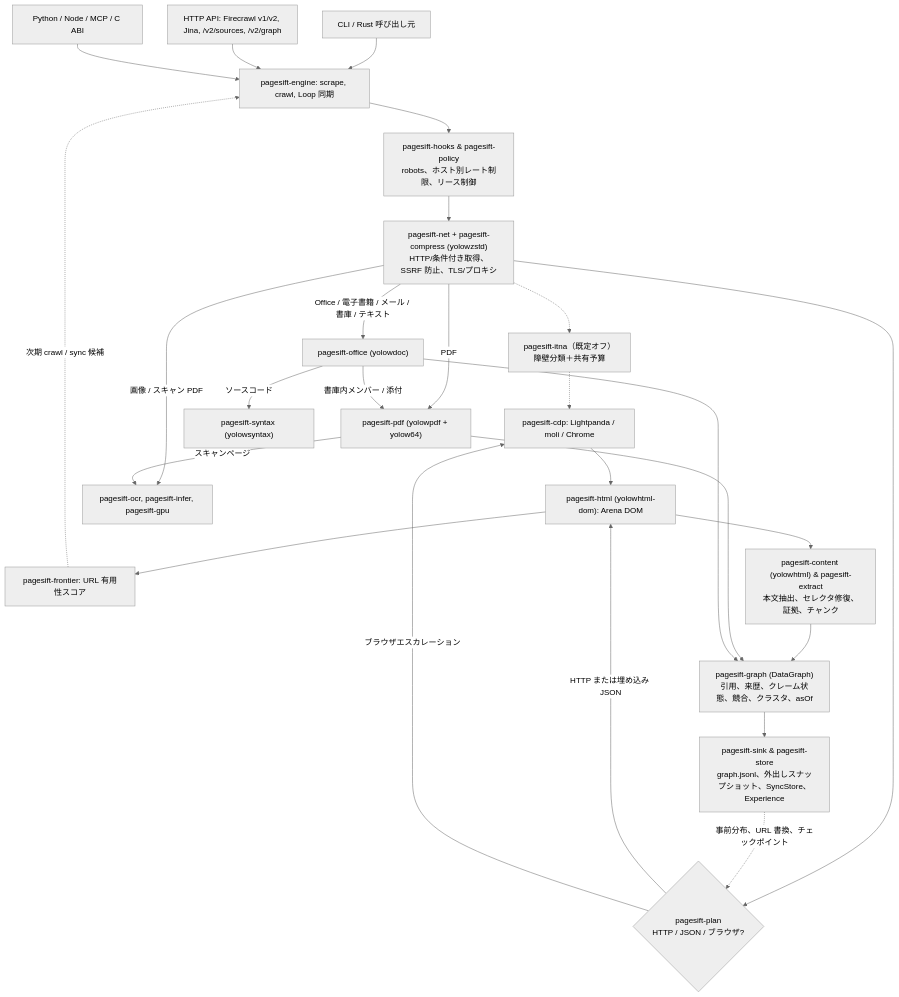
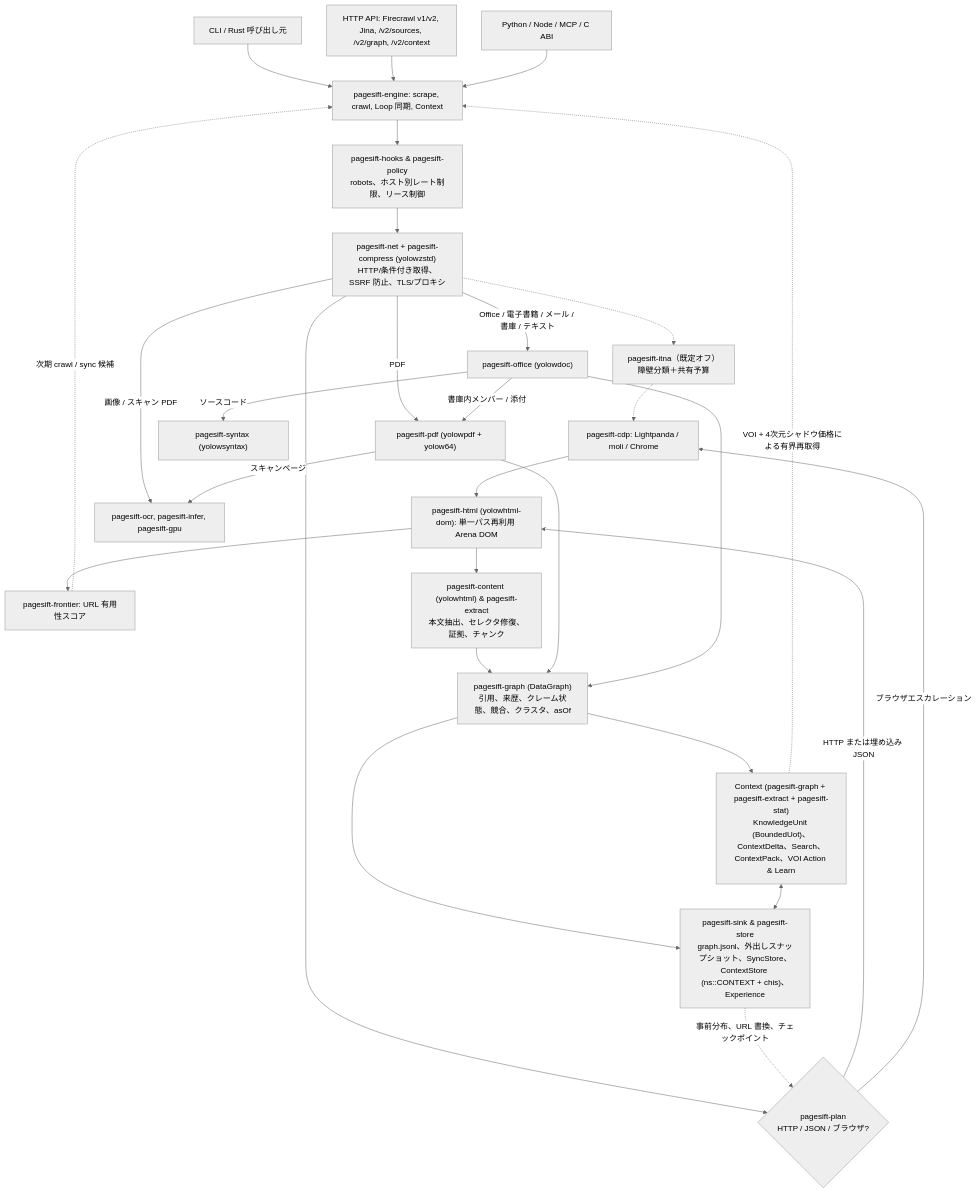
Before and after one commit to YOLOW92/pagesift: the first of 4 diagrams in docs/README.ja.md, drawn with Mermaid (neutral theme). The commit also changed other lines of this file and 167 other files, not shown here.

````diff
--- a/docs/README.ja.md
+++ b/docs/README.ja.md
@@ -137,34 +143,37 @@
 ```mermaid
 flowchart TD
-    CLI["CLI / Rust 呼び出し元"] --> Engine["pagesift-engine: scrape, crawl, Loop 同期"]
-    HTTP["HTTP API: Firecrawl v1/v2, Jina, /v2/sources, /v2/graph"] --> Engine
+    CLI["CLI / Rust 呼び出し元"] --> Engine["pagesift-engine: scrape, crawl, Loop 同期, Context"]
+    HTTP["HTTP API: Firecrawl v1/v2, Jina, /v2/sources, /v2/graph, /v2/context"] --> Engine
     Bind["Python / Node / MCP / C ABI"] --> Engine
 
     Engine --> Policy["pagesift-hooks & pagesift-policy<br/>robots、ホスト別レート制限、リース制御"]
     Policy --> Net["pagesift-net + pagesift-compress (yolowzstd)<br/>HTTP/条件付き取得、SSRF 防止、TLS/プロキシ"]
     Net -.-> ITNA["pagesift-itna（既定オフ）<br/>障壁分類＋共有予算"]
     ITNA -.-> CDP
 
     Net --> Plan{"pagesift-plan<br/>HTTP / JSON / ブラウザ?"}
-    Plan -->|HTTP または埋め込み JSON| DOM["pagesift-html (yolowhtml-dom): Arena DOM"]
+    Plan -->|HTTP または埋め込み JSON| DOM["pagesift-html (yolowhtml-dom): 単一パス再利用 Arena DOM"]
     Plan -->|ブラウザエスカレーション| CDP["pagesift-cdp: Lightpanda / moli / Chrome"]
     CDP --> DOM
 
     Net -->|PDF| PDF["pagesift-pdf (yolowpdf + yolow64)"]
     Net -->|Office / 電子書籍 / メール / 書庫 / テキスト| Office["pagesift-office (yolowdoc)"]
     Net -->|画像 / スキャン PDF| OCR["pagesift-ocr, pagesift-infer, pagesift-gpu"]
     Office -->|書庫内メンバー / 添付| PDF
     Office -->|ソースコード| Syntax["pagesift-syntax (yolowsyntax)"]
     PDF -->|スキャンページ| OCR
 
     DOM --> Frontier["pagesift-frontier: URL 有用性スコア"]
     Frontier -.->|次期 crawl / sync 候補| Engine
     DOM --> Content["pagesift-content (yolowhtml) & pagesift-extract<br/>本文抽出、セレクタ修復、証拠、チャンク"]
 
     Content --> Graph["pagesift-graph (DataGraph)<br/>引用、来歴、クレーム状態、競合、クラスタ、asOf"]
     PDF --> Graph
     Office --> Graph
 
-    Graph --> Out["pagesift-sink & pagesift-store<br/>graph.jsonl、外出しスナップショット、SyncStore、Experience"]
+    Graph --> Ctx["Context (pagesift-graph + pagesift-extract + pagesift-stat)<br/>KnowledgeUnit (BoundedUot)、ContextDelta、Search、ContextPack、VOI Action & Learn"]
+    Graph --> Out["pagesift-sink & pagesift-store<br/>graph.jsonl、外出しスナップショット、SyncStore、ContextStore (ns::CONTEXT + chis)、Experience"]
+    Ctx <--> Out
+    Ctx -.->|VOI + 4次元シャドウ価格による有界再取得| Engine
     Out -.->|事前分布、URL 書換、チェックポイント| Plan
 ```
````
